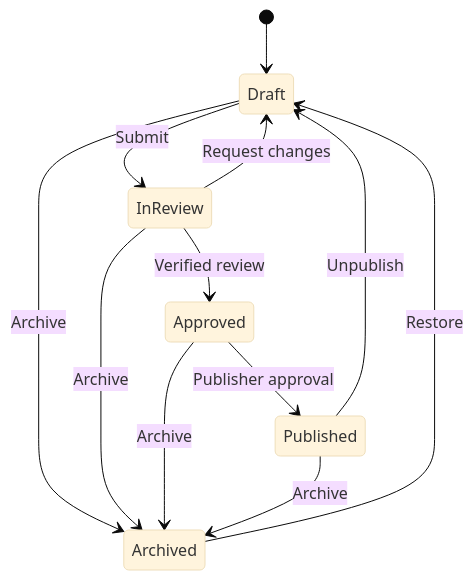
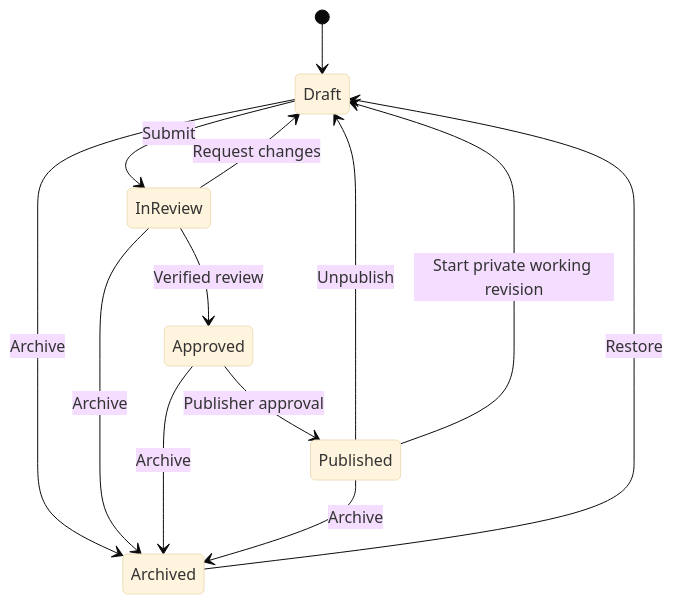
The diagram in docs/knowledge-cms-foundation.md (DevonWest/medicare-spokane-site), drawn with Mermaid (base theme) before and after one commit. The commit also changed other lines of this file and 19 other files, not shown here.

````diff
--- a/docs/knowledge-cms-foundation.md
+++ b/docs/knowledge-cms-foundation.md
@@ -64,14 +65,15 @@
 ```mermaid
 stateDiagram-v2
     [*] --> Draft
     Draft --> InReview: Submit
     InReview --> Draft: Request changes
     InReview --> Approved: Verified review
     Approved --> Published: Publisher approval
     Published --> Draft: Unpublish
+    Published --> Draft: Start private working revision
     Draft --> Archived: Archive
     InReview --> Archived: Archive
     Approved --> Archived: Archive
     Published --> Archived: Archive
     Archived --> Draft: Restore
 ```
````
